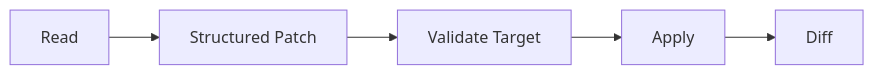
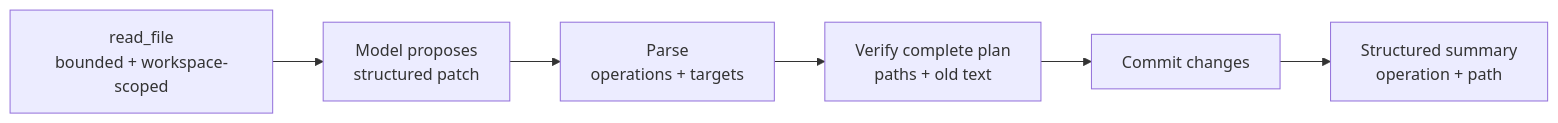
The diagram in s05_file_tools_apply_patch/README.md (zz1403489227-crypto/learn-codex), drawn with Mermaid before and after one commit. The commit also changed other lines of this file and 5 other files, not shown here.

````diff
--- a/s05_file_tools_apply_patch/README.md
+++ b/s05_file_tools_apply_patch/README.md
@@ -3,7 +3,8 @@
 ```mermaid
 flowchart LR
-    R["Read"] --> P["Structured Patch"]
-    P --> V["Validate Target"]
-    V --> A["Apply"]
-    A --> D["Diff"]
+    R["read_file<br/>bounded + workspace-scoped"] --> M["Model proposes<br/>structured patch"]
+    M --> P["Parse<br/>operations + targets"]
+    P --> V["Verify complete plan<br/>paths + old text"]
+    V --> C["Commit changes"]
+    C --> S["Structured summary<br/>operation + path"]
 ```
````
